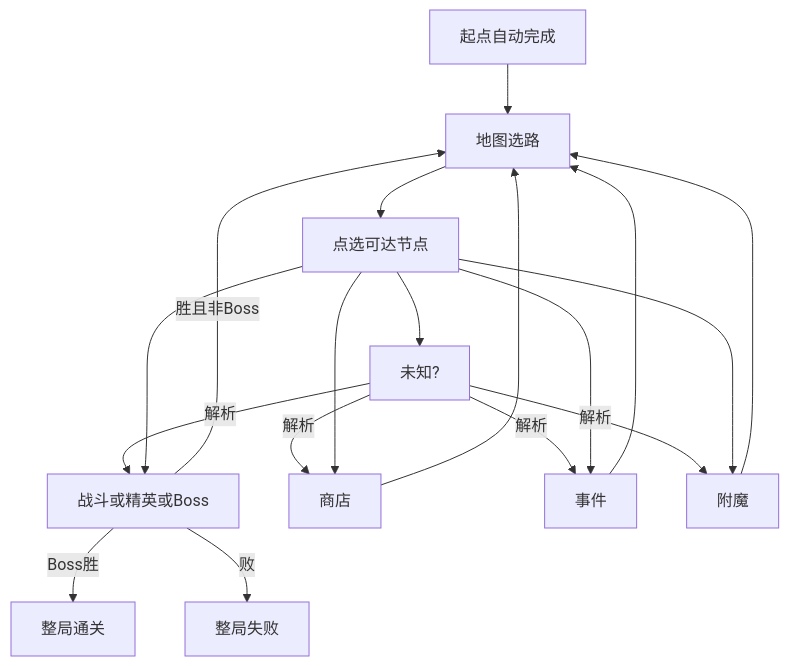
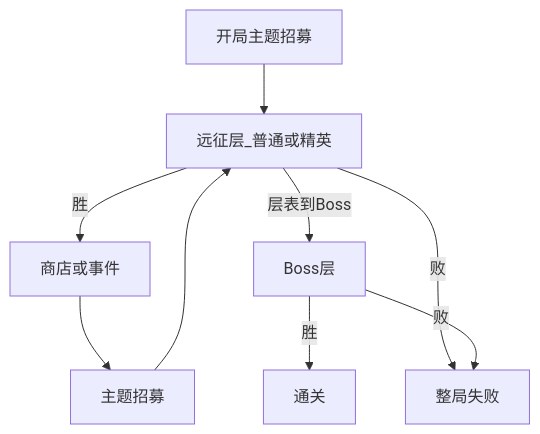
One commit to Kanerickyz/project-autochess changed the diagram in Documents/Features/MAP.md. Above: the diagram before and after it, drawn with Mermaid. The commit also changed other lines of this file and 14 other files, not shown here.

````diff
--- a/Documents/Features/MAP.md
+++ b/Documents/Features/MAP.md
@@ -114,20 +79,11 @@
 ```mermaid
 flowchart TD
-  StartNode[起点自动完成] --> MapSelect[地图选路]
-  MapSelect --> Pick[点选可达节点]
-  Pick --> MysteryNode[未知?]
-  MysteryNode -->|解析| CombatLike
-  MysteryNode -->|解析| ShopNode
-  MysteryNode -->|解析| EventNode
-  MysteryNode -->|解析| EnchantNode
-  Pick --> CombatLike[战斗或精英或Boss]
-  Pick --> ShopNode[商店]
-  Pick --> EventNode[事件]
-  Pick --> EnchantNode[附魔]
-  CombatLike -->|胜且非Boss| MapSelect
-  CombatLike -->|Boss胜| RunWin[整局通关]
-  CombatLike -->|败| RunLose[整局失败]
-  ShopNode --> MapSelect
-  EventNode --> MapSelect
-  EnchantNode --> MapSelect
+  OpenRecruit[开局主题招募] --> Floor[远征层_普通或精英]
+  Floor -->|胜| Choice[商店或事件]
+  Choice --> Recruit[主题招募]
+  Recruit --> Floor
+  Floor -->|层表到Boss| Boss[Boss层]
+  Boss -->|胜| RunWin[通关]
+  Floor -->|败| RunLose[整局失败]
+  Boss -->|败| RunLose
 ```
````
